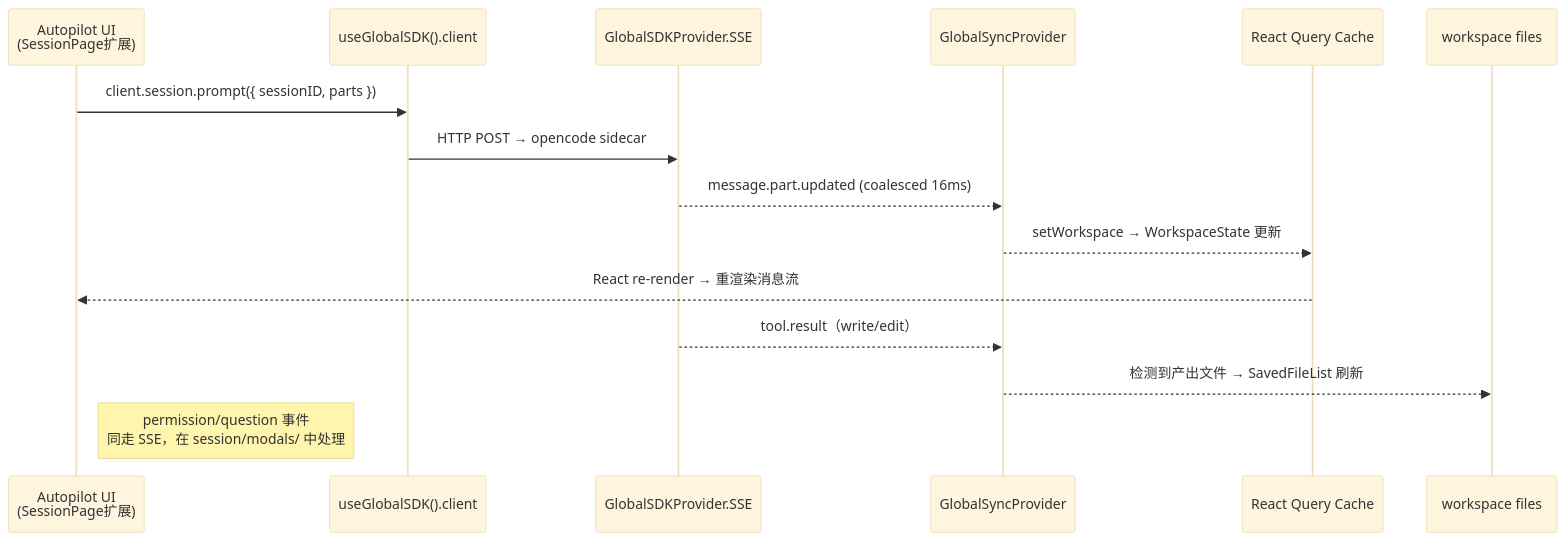
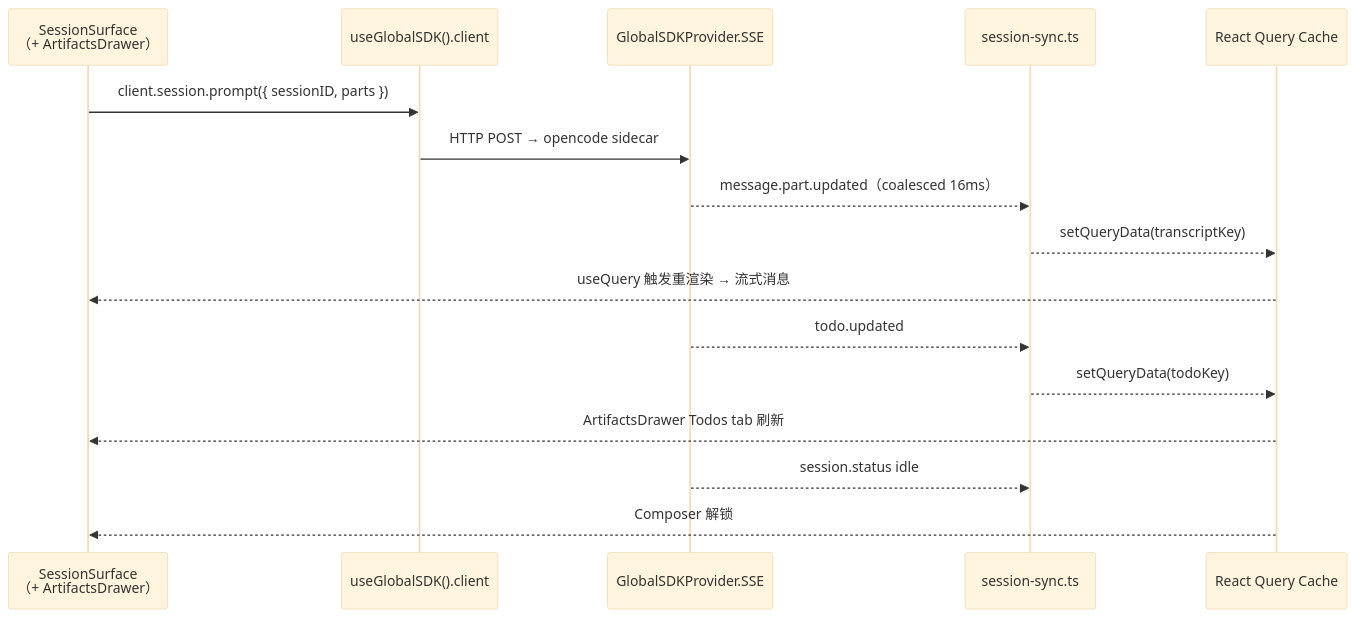
One commit to kaka89/harnesswork changed the second of 2 diagrams in docs/00-overview.md. Above: the diagram before and after it, drawn with Mermaid (base theme). The commit also changed other lines of this file and 1 other file, not shown here.

Commit message:
docs: 回写 XingjingSessionPage UI 变更（TitleBar、NAV_ITEMS、连接状态、邀请链接启动处理）

````diff
--- a/docs/00-overview.md
+++ b/docs/00-overview.md
@@ -170,18 +193,19 @@
 ```mermaid
 sequenceDiagram
-  participant UI as Autopilot UI<br/>(SessionPage扩展)
+  participant UI as SessionSurface<br/>（+ ArtifactsDrawer）
   participant SDK as useGlobalSDK().client
   participant SSE as GlobalSDKProvider.SSE
-  participant Sync as GlobalSyncProvider
-  participant QC as React Query Cache
-  participant FS as workspace files
+  participant Sync as session-sync.ts
+  participant RQ as React Query Cache
 
   UI->>SDK: client.session.prompt({ sessionID, parts })
   SDK->>SSE: HTTP POST → opencode sidecar
-  SSE-->>Sync: message.part.updated (coalesced 16ms)
-  Sync-->>QC: setWorkspace → WorkspaceState 更新
-  QC-->>UI: React re-render → 重渲染消息流
-  SSE-->>Sync: tool.result（write/edit）
-  Sync-->>FS: 检测到产出文件 → SavedFileList 刷新
-  Note right of UI: permission/question 事件<br/>同走 SSE，在 session/modals/ 中处理
+  SSE-->>Sync: message.part.updated（coalesced 16ms）
+  Sync-->>RQ: setQueryData(transcriptKey)
+  RQ-->>UI: useQuery 触发重渲染 → 流式消息
+  SSE-->>Sync: todo.updated
+  Sync-->>RQ: setQueryData(todoKey)
+  RQ-->>UI: ArtifactsDrawer Todos tab 刷新
+  SSE-->>Sync: session.status idle
+  RQ-->>UI: Composer 解锁
 ```
````
